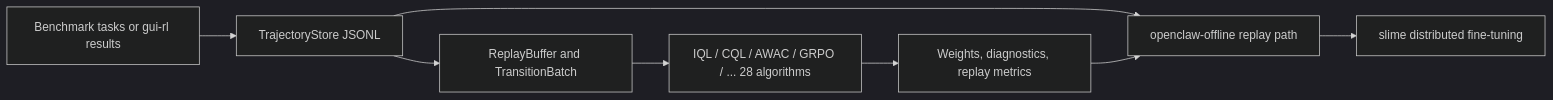
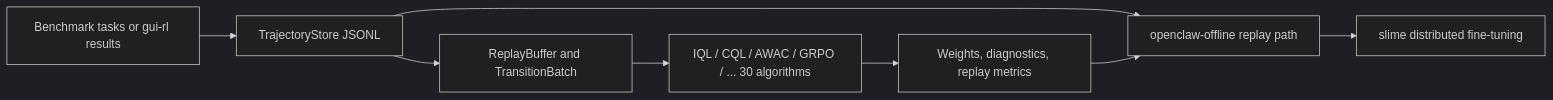
Before and after one commit to MING-ZCH/OpenClaw-RL-Offline: the diagram in README.md, drawn with Mermaid (dark theme). The commit also changed other lines of this file and 12 other files, not shown here.

````diff
--- a/README.md
+++ b/README.md
@@ -21,10 +21,10 @@
 ```mermaid
 flowchart LR
 	A[Benchmark tasks or gui-rl results] --> B[TrajectoryStore JSONL]
 	B --> C[ReplayBuffer and TransitionBatch]
-	C --> D[IQL / CQL / AWAC / GRPO / ... 28 algorithms]
+	C --> D[IQL / CQL / AWAC / GRPO / ... 30 algorithms]
 	D --> E[Weights, diagnostics, replay metrics]
 	B --> F[openclaw-offline replay path]
 	E --> F
 	F --> G[slime distributed fine-tuning]
 ```
````
